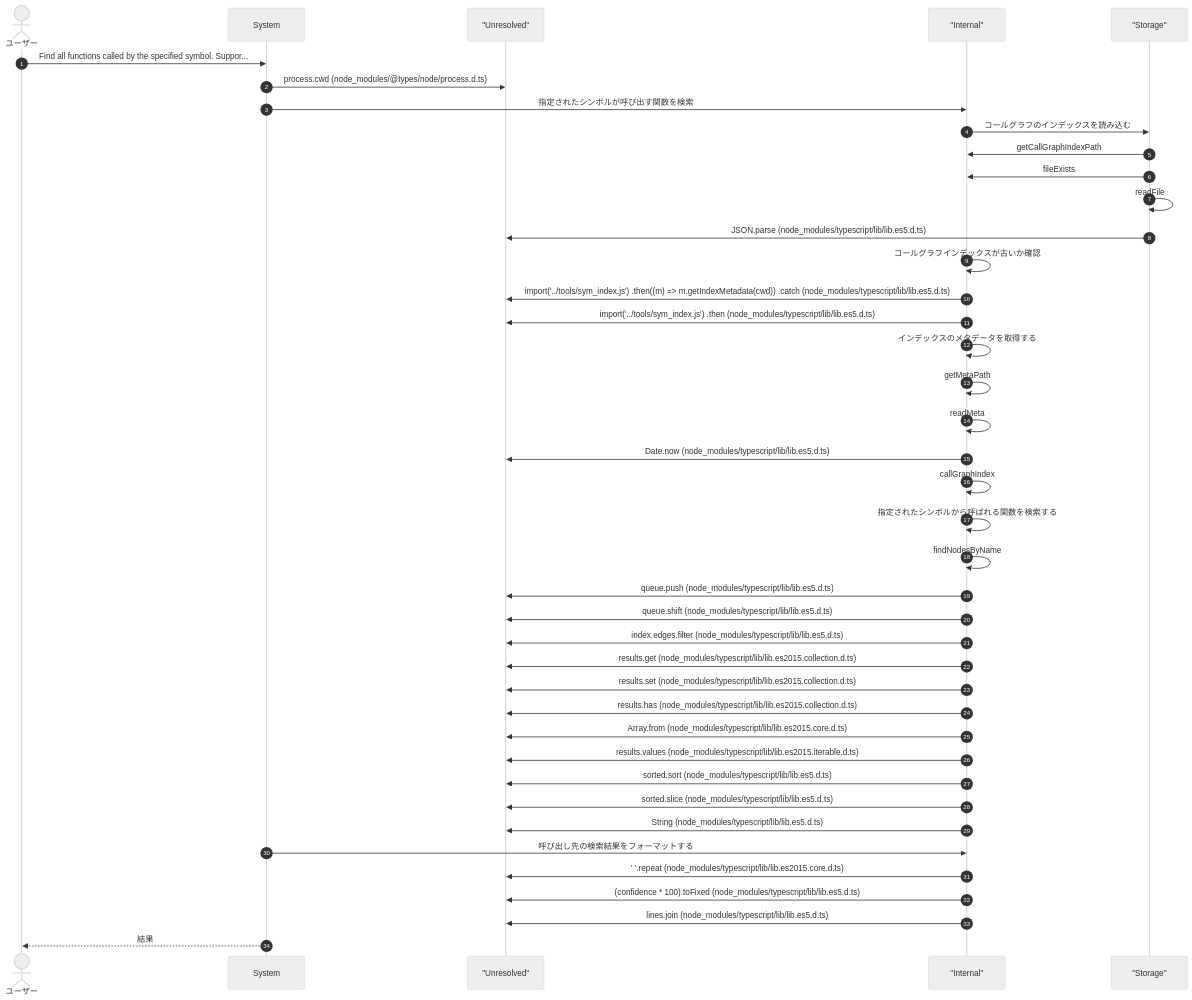
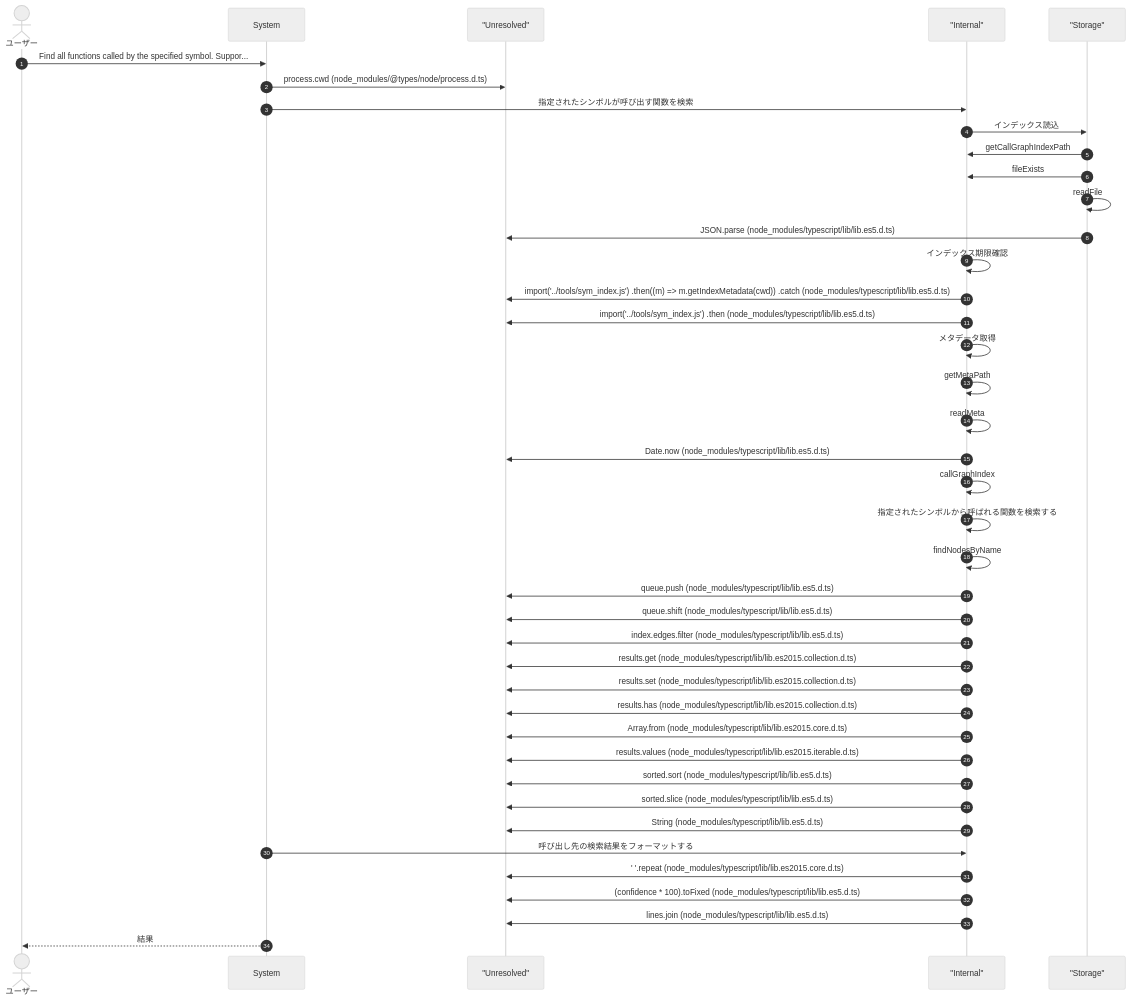
Before and after one commit to Mekann2904/mekann: the seventh of 10 diagrams in ABDD/.pi/extensions/search/index.md, drawn with Mermaid (neutral theme). The commit also changed other lines of this file and 212 other files, not shown here.

````diff
--- a/ABDD/.pi/extensions/search/index.md
+++ b/ABDD/.pi/extensions/search/index.md
@@ -397,45 +397,45 @@
 ```mermaid
 sequenceDiagram
   autonumber
   actor User as ユーザー
   participant System as System
   participant Unresolved as "Unresolved"
   participant Internal as "Internal"
   participant Storage as "Storage"
 
   User->>System: Find all functions called by the specified symbol. Suppor...
   System->>Unresolved: process.cwd (node_modules/@types/node/process.d.ts)
   System->>Internal: 指定されたシンボルが呼び出す関数を検索
-  Internal->>Storage: コールグラフのインデックスを読み込む
+  Internal->>Storage: インデックス読込
   Storage->>Internal: getCallGraphIndexPath
   Storage->>Internal: fileExists
   Storage->>Storage: readFile
   Storage->>Unresolved: JSON.parse (node_modules/typescript/lib/lib.es5.d.ts)
-  Internal->>Internal: コールグラフインデックスが古いか確認
+  Internal->>Internal: インデックス期限確認
   Internal->>Unresolved: import('../tools/sym_index.js') 		.then((m) => m.getIndexMetadata(cwd)) 		.catch (node_modules/typescript/lib/lib.es5.d.ts)
   Internal->>Unresolved: import('../tools/sym_index.js') 		.then (node_modules/typescript/lib/lib.es5.d.ts)
-  Internal->>Internal: インデックスのメタデータを取得する
+  Internal->>Internal: メタデータ取得
   Internal->>Internal: getMetaPath
   Internal->>Internal: readMeta
   Internal->>Unresolved: Date.now (node_modules/typescript/lib/lib.es5.d.ts)
   Internal->>Internal: callGraphIndex
   Internal->>Internal: 指定されたシンボルから呼ばれる関数を検索する
   Internal->>Internal: findNodesByName
   Internal->>Unresolved: queue.push (node_modules/typescript/lib/lib.es5.d.ts)
   Internal->>Unresolved: queue.shift (node_modules/typescript/lib/lib.es5.d.ts)
   Internal->>Unresolved: index.edges.filter (node_modules/typescript/lib/lib.es5.d.ts)
   Internal->>Unresolved: results.get (node_modules/typescript/lib/lib.es2015.collection.d.ts)
   Internal->>Unresolved: results.set (node_modules/typescript/lib/lib.es2015.collection.d.ts)
   Internal->>Unresolved: results.has (node_modules/typescript/lib/lib.es2015.collection.d.ts)
   Internal->>Unresolved: Array.from (node_modules/typescript/lib/lib.es2015.core.d.ts)
   Internal->>Unresolved: results.values (node_modules/typescript/lib/lib.es2015.iterable.d.ts)
   Internal->>Unresolved: sorted.sort (node_modules/typescript/lib/lib.es5.d.ts)
   Internal->>Unresolved: sorted.slice (node_modules/typescript/lib/lib.es5.d.ts)
   Internal->>Unresolved: String (node_modules/typescript/lib/lib.es5.d.ts)
   System->>Internal: 呼び出し先の検索結果をフォーマットする
   Internal->>Unresolved: '  '.repeat (node_modules/typescript/lib/lib.es2015.core.d.ts)
   Internal->>Unresolved: (confidence * 100).toFixed (node_modules/typescript/lib/lib.es5.d.ts)
   Internal->>Unresolved: lines.join (node_modules/typescript/lib/lib.es5.d.ts)
   System-->>User: 結果
 
 ```
````
